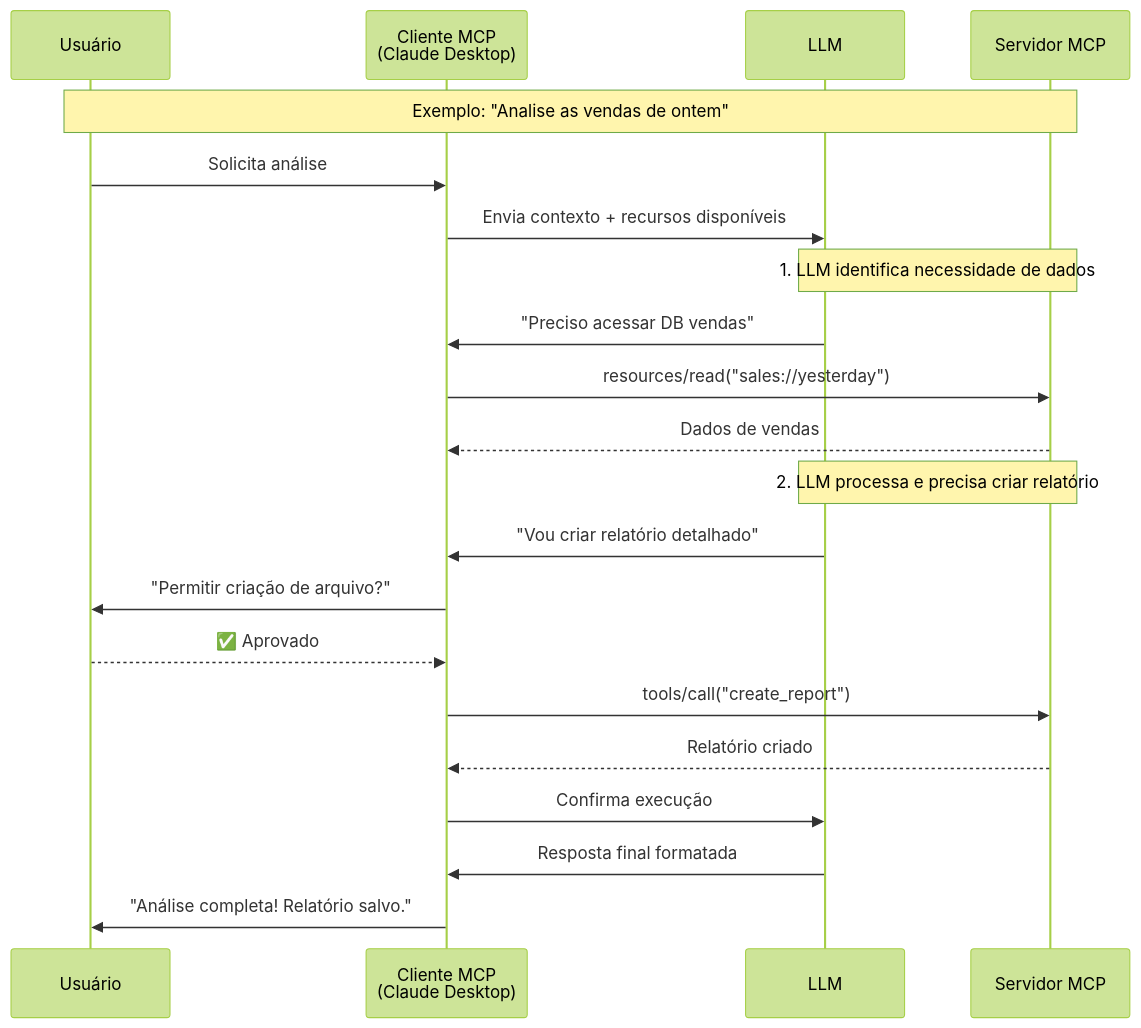
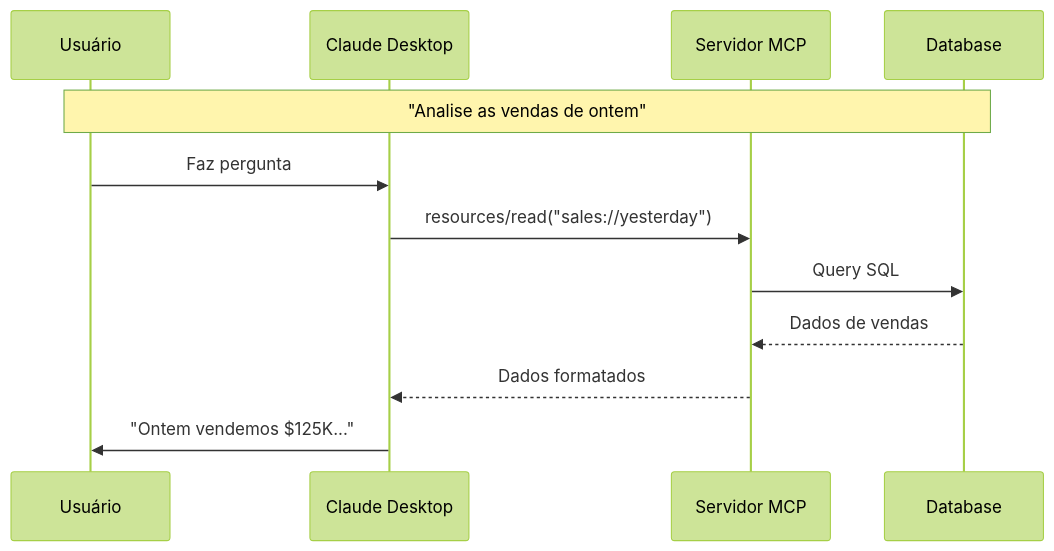
The sixth of 14 diagrams in AI/Comunicação/MCP/00-mcp-presentation-zero to hero.md (felipepimentel/my-public-notes), drawn with Mermaid (forest theme) before and after one commit. The commit also changed other lines of this file, not shown here.

````diff
--- a/AI/Comunicação/MCP/00-mcp-presentation-zero to hero.md
+++ b/AI/Comunicação/MCP/00-mcp-presentation-zero to hero.md
@@ -279,28 +144,16 @@
 ```mermaid
 sequenceDiagram
     participant U as Usuário
-    participant C as Cliente MCP<br/>(Claude Desktop)
-    participant L as LLM
+    participant C as Claude Desktop
     participant S as Servidor MCP
+    participant DB as Database
     
-    Note over U,S: Exemplo: "Analise as vendas de ontem"
+    Note over U,DB: "Analise as vendas de ontem"
     
-    U->>C: Solicita análise
-    C->>L: Envia contexto + recursos disponíveis
-    
-    Note over L,S: 1. LLM identifica necessidade de dados
-    L->>C: "Preciso acessar DB vendas"
+    U->>C: Faz pergunta
     C->>S: resources/read("sales://yesterday")
-    S-->>C: Dados de vendas
-    
-    Note over L,S: 2. LLM processa e precisa criar relatório
-    L->>C: "Vou criar relatório detalhado"
-    C->>U: "Permitir criação de arquivo?"
-    U-->>C: ✅ Aprovado
-    C->>S: tools/call("create_report")
-    S-->>C: Relatório criado
-    
-    C->>L: Confirma execução
-    L->>C: Resposta final formatada
-    C->>U: "Análise completa! Relatório salvo."
+    S->>DB: Query SQL
+    DB-->>S: Dados de vendas
+    S-->>C: Dados formatados
+    C->>U: "Ontem vendemos $125K..."
 ```
````
